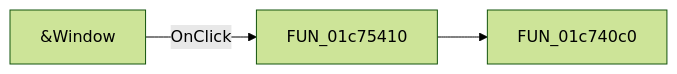
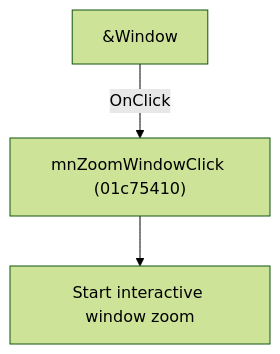
Before and after one commit to MovGP0/TIARA: the diagram in docs/ui-controls/schematiceditor/mnzoomwindow-13adfd5aca.md, drawn with Mermaid (forest theme). The commit also changed other lines of this file and 1062 other files, not shown here.

````diff
--- a/docs/ui-controls/schematiceditor/mnzoomwindow-13adfd5aca.md
+++ b/docs/ui-controls/schematiceditor/mnzoomwindow-13adfd5aca.md
@@ -27,5 +27,5 @@
 ```mermaid
-flowchart LR
-    control["&Window"] -->|OnClick| handler["FUN_01c75410"]
-    handler --> call1["FUN_01c740c0"]
+flowchart TD
+    control["&Window"] -->|"OnClick"| handler["mnZoomWindowClick (01c75410)"]
+    handler --> action["Start interactive window zoom"]
 ```
````
